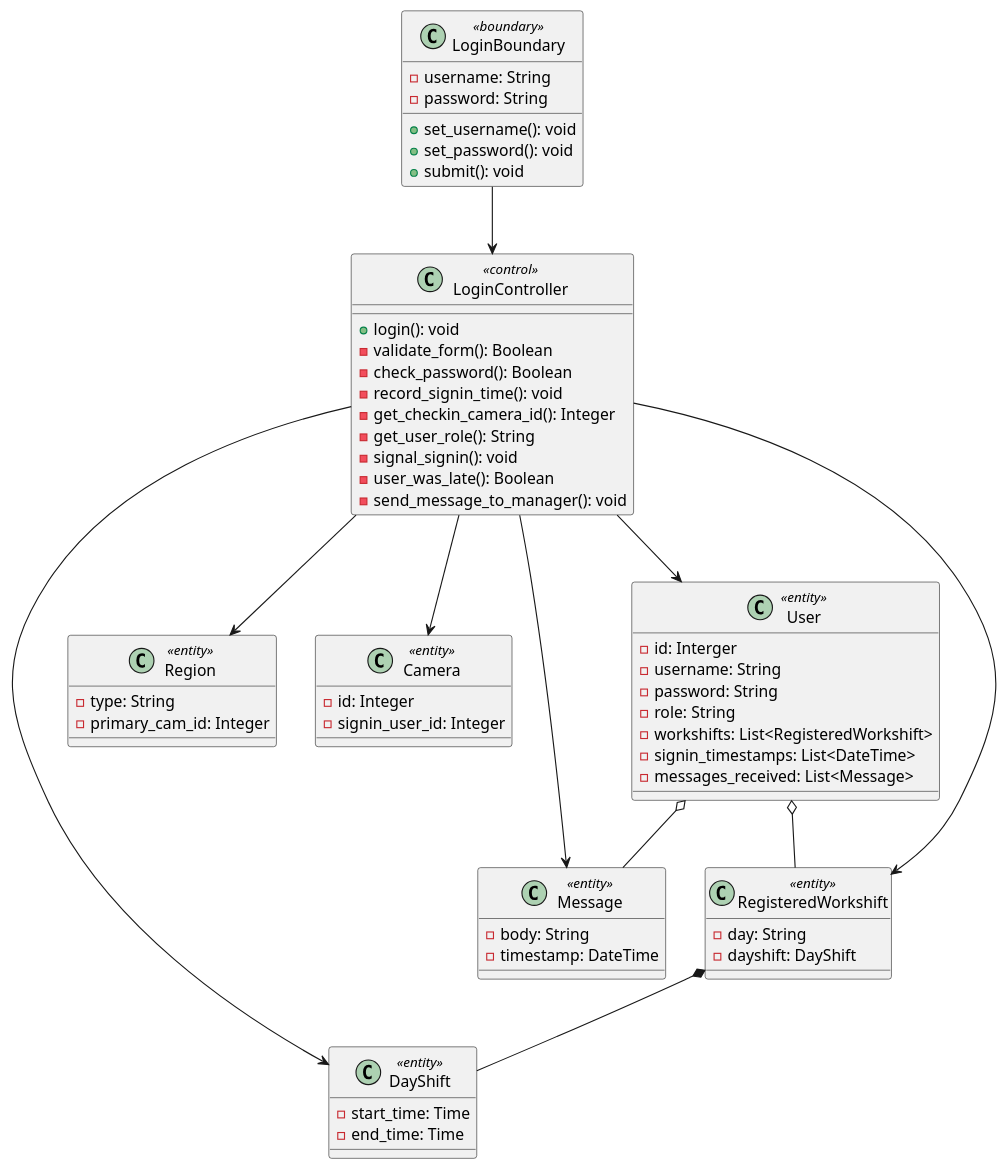
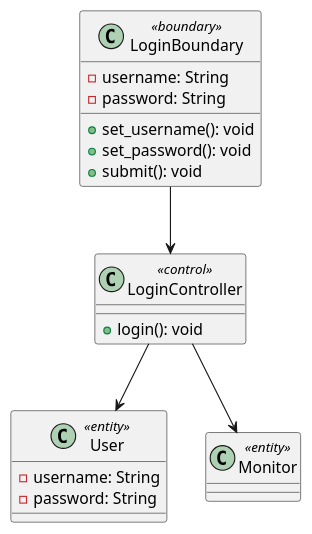
Before and after one commit to LapTQ/MCT: the diagram in docs/UML/Class Diagrams/sign-in.pu, drawn with PlantUML. The commit also changed 71 other files, not shown here.

```diff
--- a/docs/UML/Class Diagrams/sign-in.pu
+++ b/docs/UML/Class Diagrams/sign-in.pu
@@ -1,71 +1,28 @@
 @startuml
 
 class LoginBoundary <<boundary>> {
     - username: String
     - password: String
     
     + set_username(): void
     + set_password(): void
     + submit(): void
 }
 
 class LoginController <<control>> {
 
     + login(): void
-    - validate_form(): Boolean
-    - check_password(): Boolean
-    - record_signin_time(): void
-    - get_checkin_camera_id(): Integer
-    - get_user_role(): String
-    - signal_signin(): void
-    - user_was_late(): Boolean
-    - send_message_to_manager(): void
 }
 
 class User <<entity>> {
-    - id: Interger
     - username: String
     - password: String
-    - role: String
-    - workshifts: List<RegisteredWorkshift>
-    - signin_timestamps: List<DateTime>
-    - messages_received: List<Message>
 }
 
-class Region <<entity>> {
-    - type: String
-    - primary_cam_id: Integer
-}
-
-class Camera <<entity>> {
-    - id: Integer
-    - signin_user_id: Integer
-}
-
-class RegisteredWorkshift <<entity>> {
-    - day: String
-    - dayshift: DayShift
-}
-
-class DayShift <<entity>> {
-    - start_time: Time
-    - end_time: Time
-}
-
-class Message <<entity>> {
-    - body: String
-    - timestamp: DateTime
-}
+class Monitor <<entity>>
 
 LoginBoundary --> LoginController
 LoginController --> User
-LoginController --> Region
-LoginController --> Camera
-LoginController --> RegisteredWorkshift
-LoginController --> DayShift
-LoginController --> Message
-User o-- RegisteredWorkshift
-RegisteredWorkshift *-- DayShift
-User o-- Message
+LoginController --> Monitor
 
 @enduml
```
